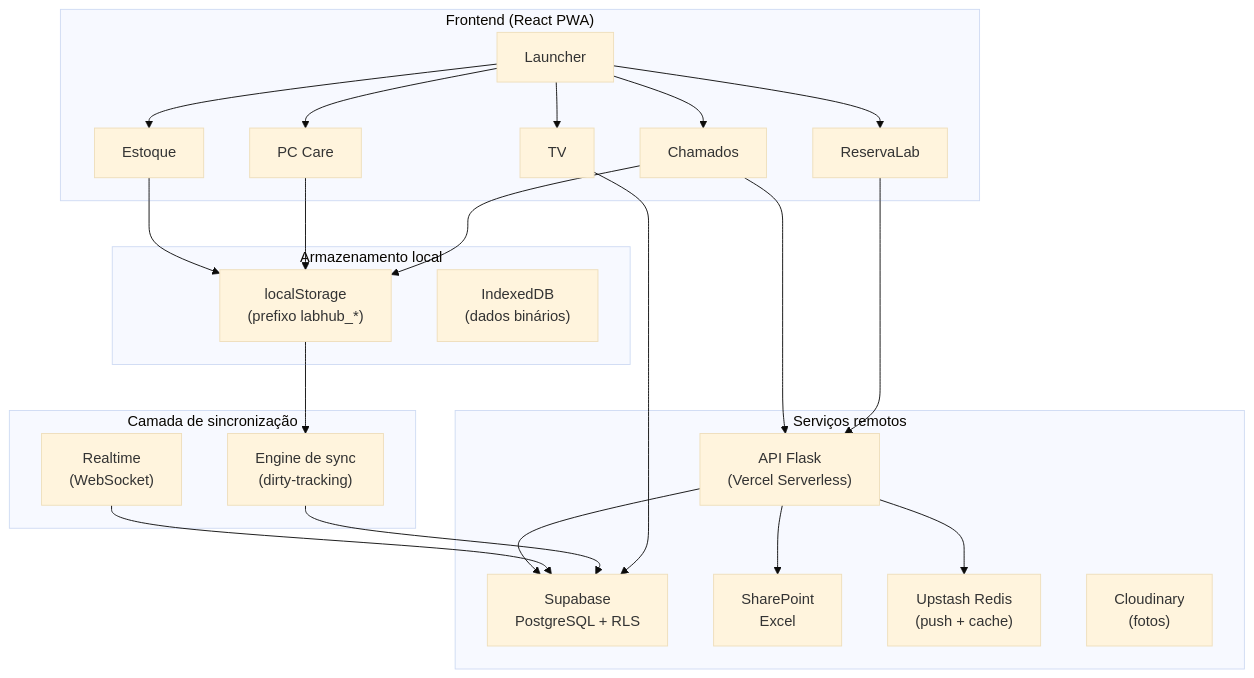
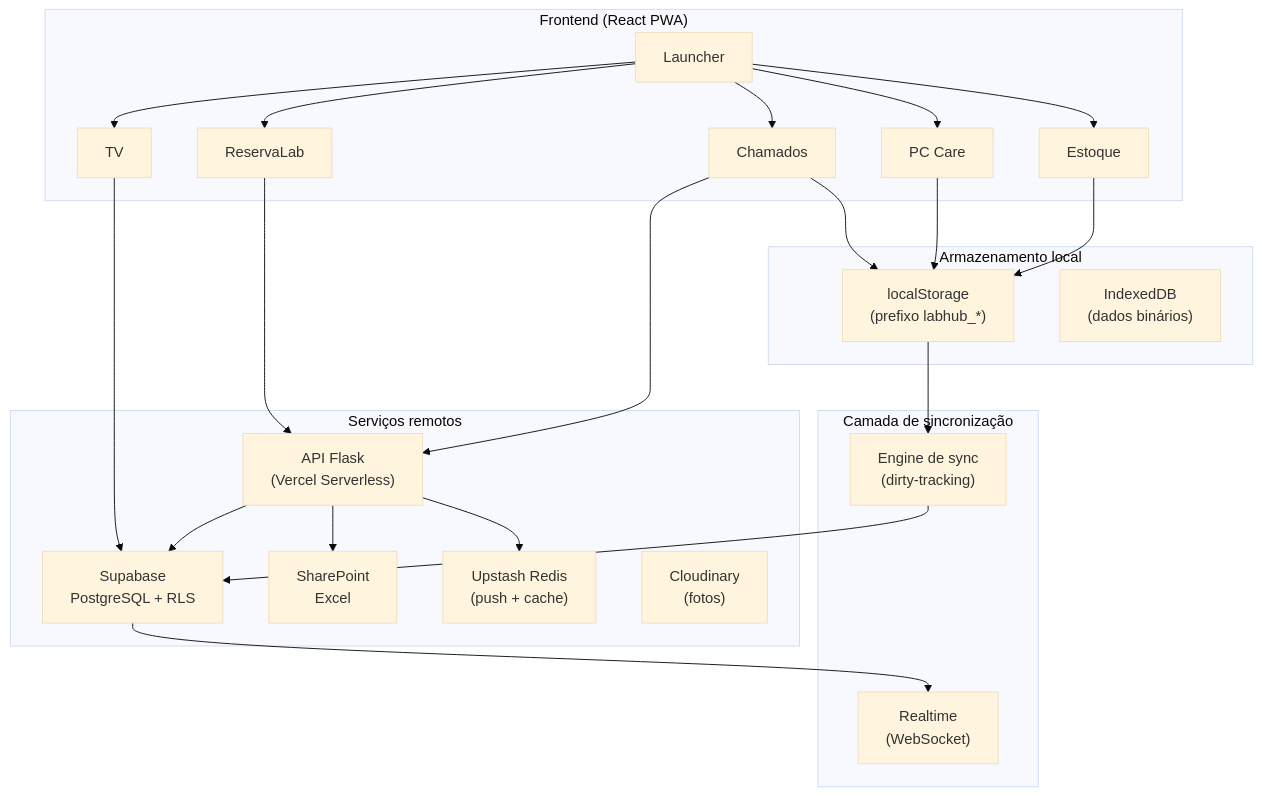
One commit to vihisantos/LabHub changed the second of 2 diagrams in docs/platform/architecture/system.md. Above: the diagram before and after it, drawn with Mermaid (base theme). The commit also changed other lines of this file and 11 other files, not shown here.

First line of the commit message:
docs: adiciona diagramas e capturas e congela a estrutura da documentacao

````diff
--- a/docs/platform/architecture/system.md
+++ b/docs/platform/architecture/system.md
@@ -7,39 +48,39 @@
 ```mermaid
 flowchart TD
     subgraph CLIENT["Frontend (React PWA)"]
         LAUNCHER["Launcher"]
         CHAMADOS["Chamados"]
         PCARE["PC Care"]
         STOCK["Estoque"]
         RESERVALAB["ReservaLab"]
         TV["TV"]
     end
 
     subgraph LOCAL["Armazenamento local"]
         LS["localStorage\n(prefixo labhub_*)"]
         IDB["IndexedDB\n(dados binários)"]
     end
 
     subgraph SYNC["Camada de sincronização"]
         SYNC_ENGINE["Engine de sync\n(dirty-tracking)"]
         REALTIME["Realtime\n(WebSocket)"]
     end
 
     subgraph REMOTE["Serviços remotos"]
         SUPABASE["Supabase\nPostgreSQL + RLS"]
         FLASK["API Flask\n(Vercel Serverless)"]
         SHAREPOINT["SharePoint\nExcel"]
         UPSTASH["Upstash Redis\n(push + cache)"]
         CLOUDINARY["Cloudinary\n(fotos)"]
     end
 
     LAUNCHER --> CHAMADOS & PCARE & STOCK & RESERVALAB & TV
     CHAMADOS & PCARE & STOCK --> LS
     RESERVALAB --> FLASK --> SHAREPOINT
     TV --> SUPABASE
     LS --> SYNC_ENGINE
     SYNC_ENGINE --> SUPABASE
-    REALTIME --> SUPABASE
+    SUPABASE --> REALTIME
     FLASK --> SUPABASE & UPSTASH
     CHAMADOS --> FLASK
 ```
````
